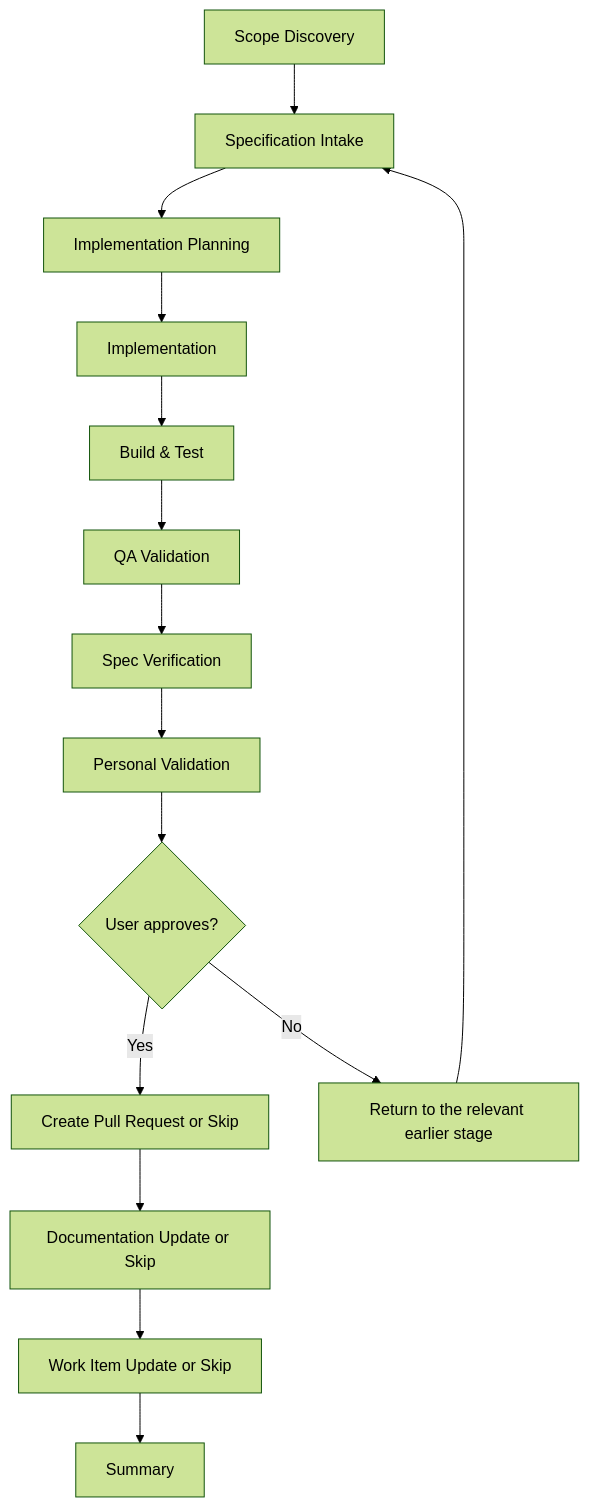
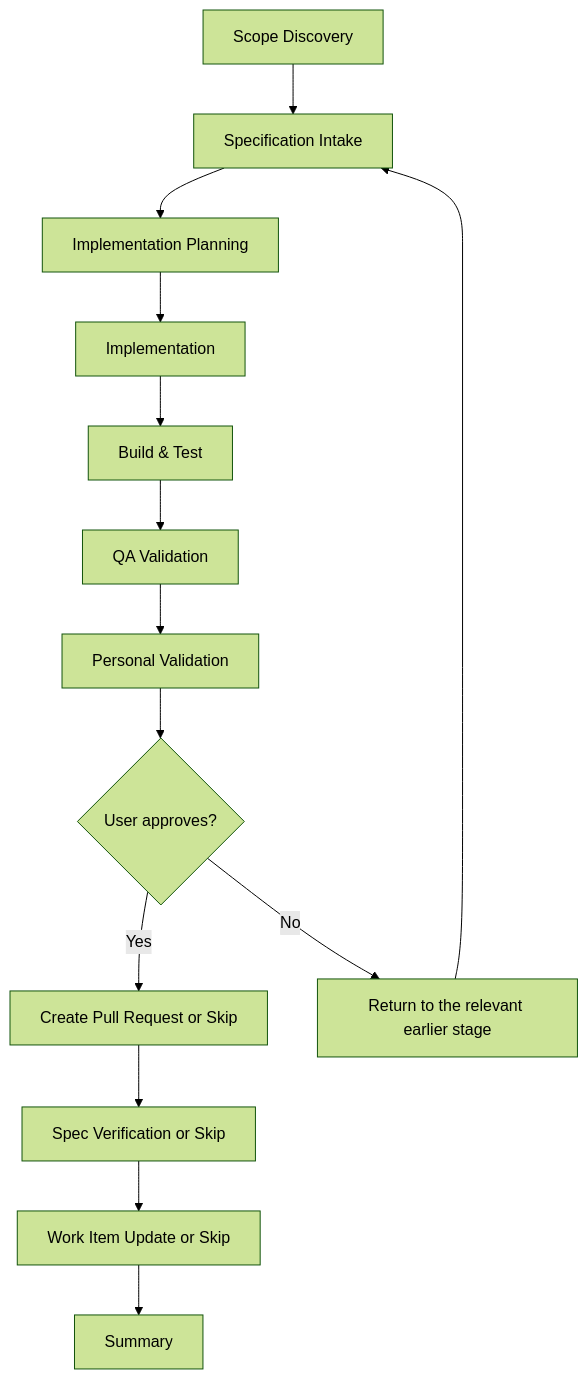
Before and after one commit to JSdotNet/devbook: diagram 15 of 16 in plugins/delivery/FLOW-DIAGRAMS.md, drawn with Mermaid (forest theme). The commit also changed other lines of this file and 42 other files, not shown here.

First line of the commit message:
Spec Verification replaces Documentation Update

````diff
--- a/plugins/delivery/FLOW-DIAGRAMS.md
+++ b/plugins/delivery/FLOW-DIAGRAMS.md
@@ -459,17 +443,16 @@
 ```mermaid
 flowchart TD
     S["Scope Discovery"] --> A["Specification Intake"]
     A --> B["Implementation Planning"]
     B --> C["Implementation"]
     C --> D["Build & Test"]
     D --> E["QA Validation"]
-    E --> SV["Spec Verification"]
-    SV --> F["Personal Validation"]
+    E --> F["Personal Validation"]
     F --> G{User approves?}
     G -->|Yes| H["Create Pull Request or Skip"]
     G -->|No| I["Return to the relevant earlier stage"]
     I --> A
-    H --> DU["Documentation Update or Skip"]
+    H --> DU["Spec Verification or Skip"]
     DU --> U["Work Item Update or Skip"]
     U --> J["Summary"]
 ```
````
